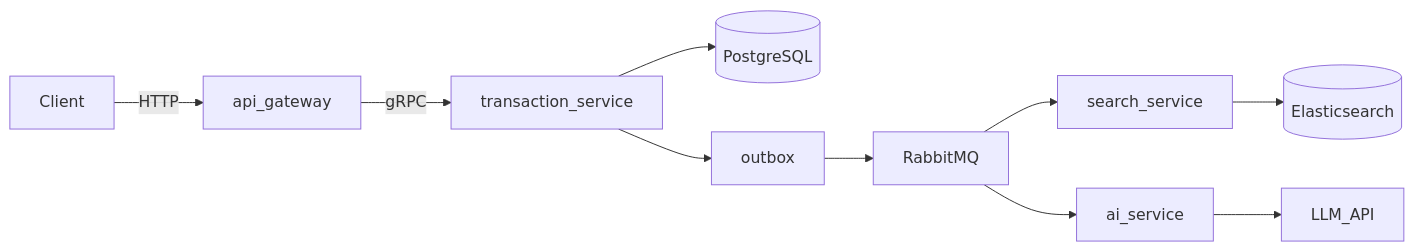
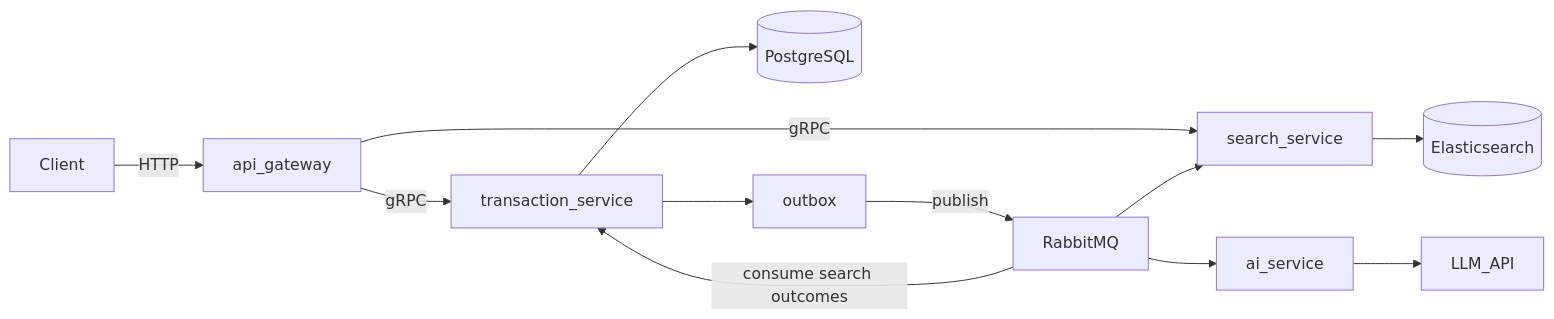
Before and after one commit to ali-arjmandi/microAi: the diagram in README.md, drawn with Mermaid. The commit also changed other lines of this file, not shown here.

Commit message:
docs: :memo: update README to clarify RabbitMQ message consumption by transaction service and enhance service descriptions for better understanding

````diff
--- a/README.md
+++ b/README.md
@@ -16,12 +16,14 @@
 ```mermaid
 flowchart LR
   Client[Client] -->|HTTP| Gateway[api_gateway]
   Gateway -->|gRPC| Tx[transaction_service]
+  Gateway -->|gRPC| Search[search_service]
   Tx --> PG[(PostgreSQL)]
   Tx --> Outbox[outbox]
-  Outbox --> RMQ[RabbitMQ]
-  RMQ --> Search[search_service]
+  Outbox -->|publish| RMQ[RabbitMQ]
+  RMQ -->|consume search outcomes| Tx
+  RMQ --> Search
   Search --> ES[(Elasticsearch)]
   RMQ --> AI[ai_service]
   AI --> LLM[LLM_API]
 ```
````
